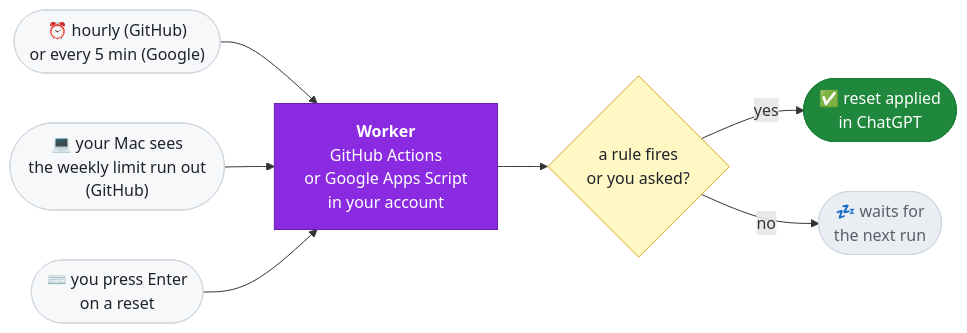
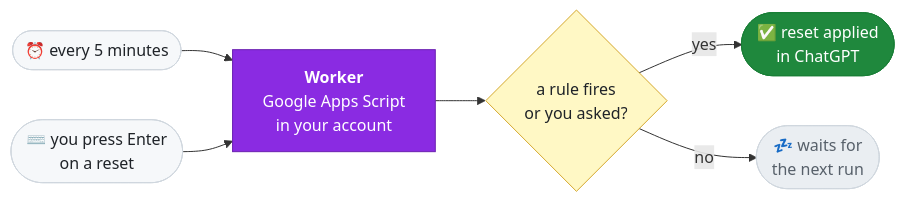
Before and after one commit to Keshaqaz/aures: the diagram in README.md, drawn with Mermaid. The commit also changed other lines of this file and 12 other files, not shown here.

First line of the commit message:
Describe the worker on Google only and retake the screenshots

````diff
--- a/README.md
+++ b/README.md
@@ -89,28 +91,26 @@
 ```mermaid
 flowchart LR
-  hour(["⏰ hourly (GitHub)<br/>or every 5 min (Google)"])
-  mac(["💻 your Mac sees<br/>the weekly limit run out<br/>(GitHub)"])
+  tick(["⏰ every 5 minutes"])
   you(["⌨️ you press Enter<br/>on a reset"])
-  worker["<b>Worker</b><br/>GitHub Actions<br/>or Google Apps Script<br/>in your account"]
+  worker["<b>Worker</b><br/>Google Apps Script<br/>in your account"]
   due{"a rule fires<br/>or you asked?"}
   apply(["✅ reset applied<br/>in ChatGPT"])
   wait(["💤 waits for<br/>the next run"])
 
-  hour --> worker
-  mac --> worker
+  tick --> worker
   you --> worker
   worker --> due
   due -- yes --> apply
   due -- no --> wait
 
   classDef trigger fill:#f6f8fa,stroke:#d0d7de,color:#1f2328
   classDef main fill:#8A2BE2,stroke:#6a1fb0,color:#ffffff
   classDef check fill:#fff8c5,stroke:#d4a72c,color:#1f2328
   classDef ok fill:#1f883d,stroke:#1a7f37,color:#ffffff
   classDef idle fill:#eaeef2,stroke:#d0d7de,color:#57606a
-  class hour,mac,you trigger
+  class tick,you trigger
   class worker main
   class due check
   class apply ok
   class wait idle
 ```
````
